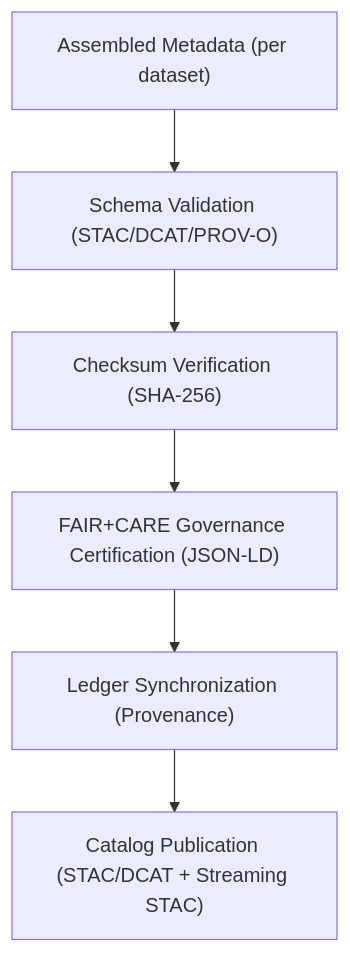
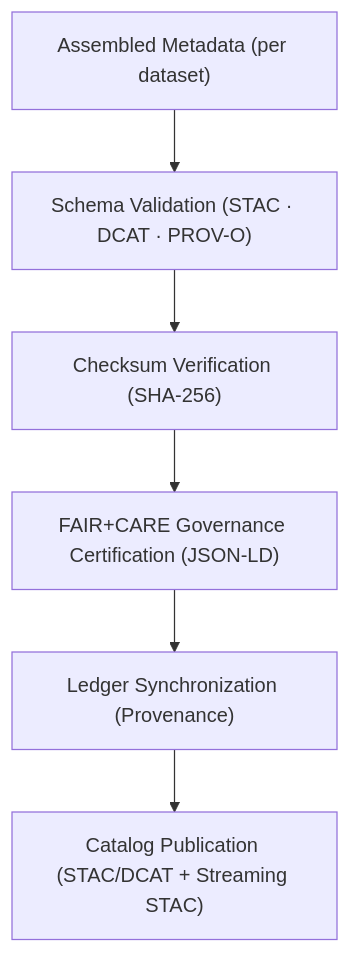
Before and after one commit to bartytime4life/Kansas-Frontier-Matrix: the diagram in data/processed/metadata/README.md, drawn with Mermaid. The commit also changed other lines of this file, not shown here.

````diff
--- a/data/processed/metadata/README.md
+++ b/data/processed/metadata/README.md
@@ -99,8 +105,8 @@
 ```mermaid
 flowchart TD
-    A["Assembled Metadata (per dataset)"] --> B["Schema Validation (STAC/DCAT/PROV-O)"]
-    B --> C["Checksum Verification (SHA-256)"]
-    C --> D["FAIR+CARE Governance Certification (JSON-LD)"]
-    D --> E["Ledger Synchronization (Provenance)"]
-    E --> F["Catalog Publication (STAC/DCAT + Streaming STAC)"]
+    ASMB["Assembled Metadata (per dataset)"] --> VAL["Schema Validation (STAC · DCAT · PROV-O)"]
+    VAL --> CHK["Checksum Verification (SHA-256)"]
+    CHK --> CERT["FAIR+CARE Governance Certification (JSON-LD)"]
+    CERT --> LEDGER["Ledger Synchronization (Provenance)"]
+    LEDGER --> PUB["Catalog Publication (STAC/DCAT + Streaming STAC)"]
 ```
````
